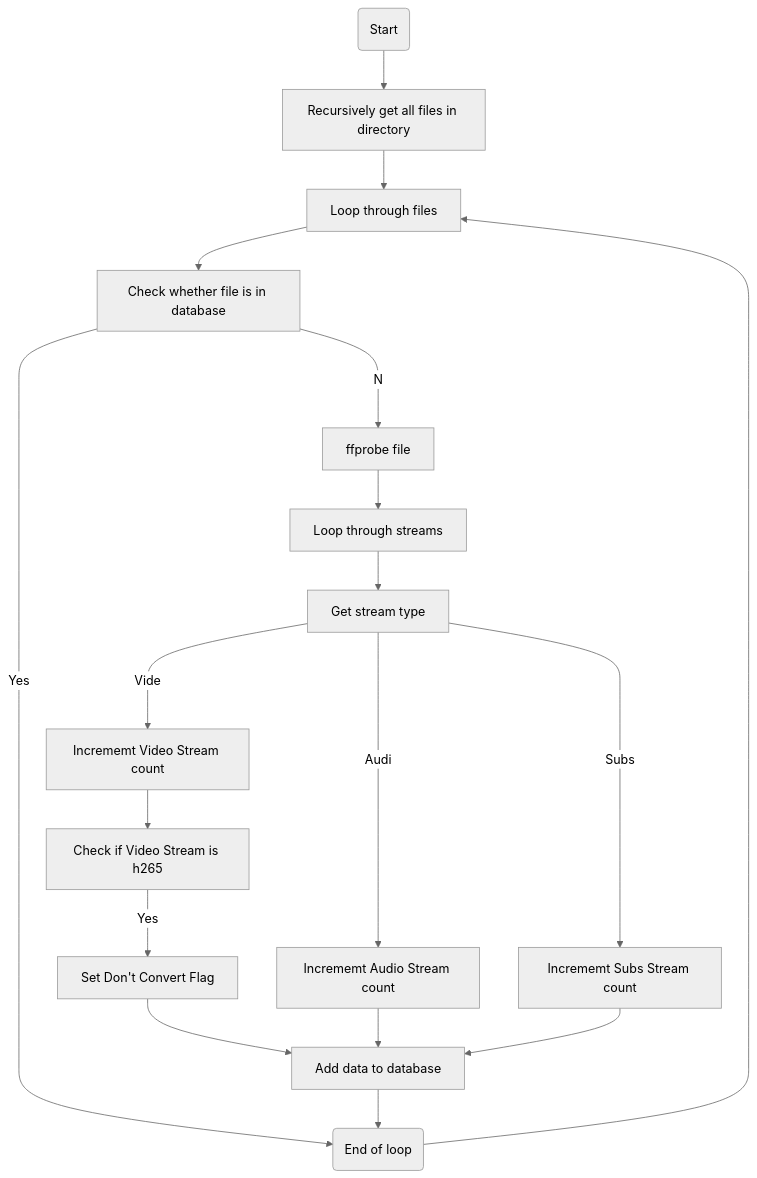
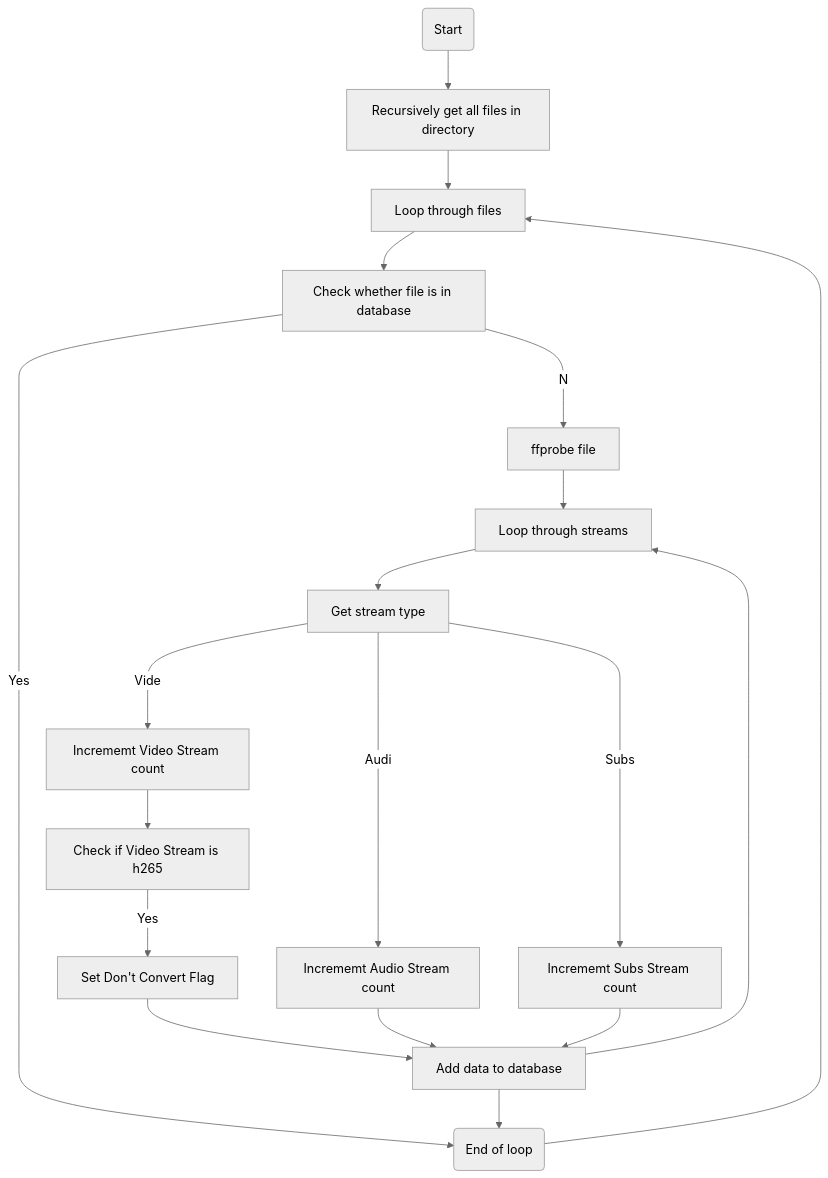
Before and after one commit to schleising/convert-to-h265: the first of 2 diagrams in README.md, drawn with Mermaid (neutral theme).

Commit message:
Tweak design

````diff
--- a/README.md
+++ b/README.md
@@ -7,20 +7,21 @@
 ```mermaid
 graph TD
     A(Start) --> B[Recursively get all files in directory]
     B --> C[Loop through files]
     C --> D[Check whether file is in database]
     D --No--> E[ffprobe file]
     D --Yes--> N
     E --> F[Loop through streams]
     F --> G[Get stream type]
     G --Video--> H[Incrememt Video Stream count]
     G --Audio--> I[Incrememt Audio Stream count]
     G --Subs--> J[Incrememt Subs Stream count]
     H --> K[Check if Video Stream is h265]
     K --Yes--> L[Set Don't Convert Flag]
     L --> M[Add data to database]
     I --> M
     J --> M
+    M --> F
     M --> N(End of loop)
     N --> C
 ```
````
